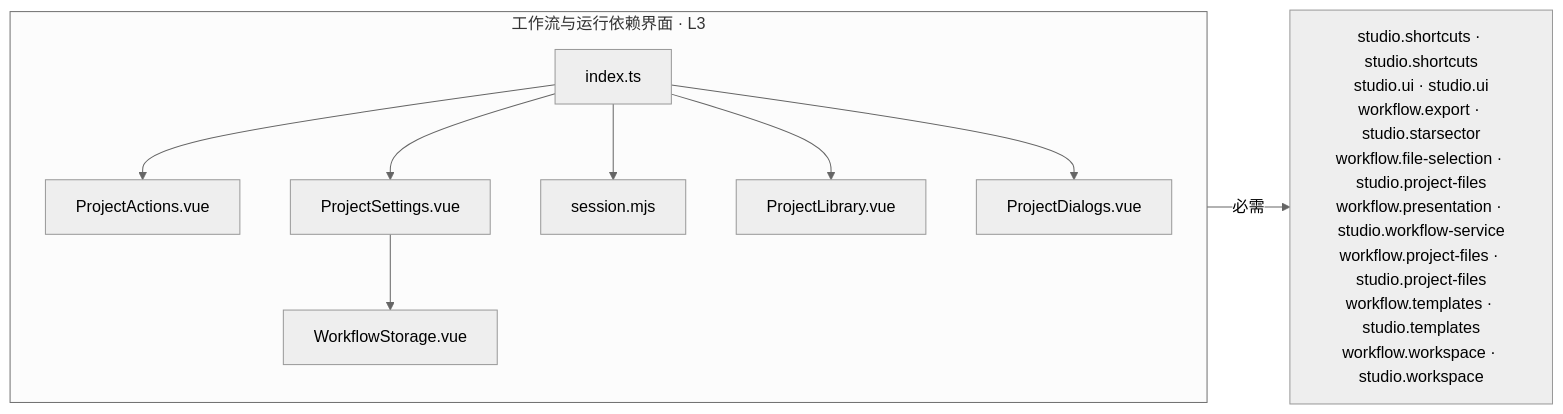
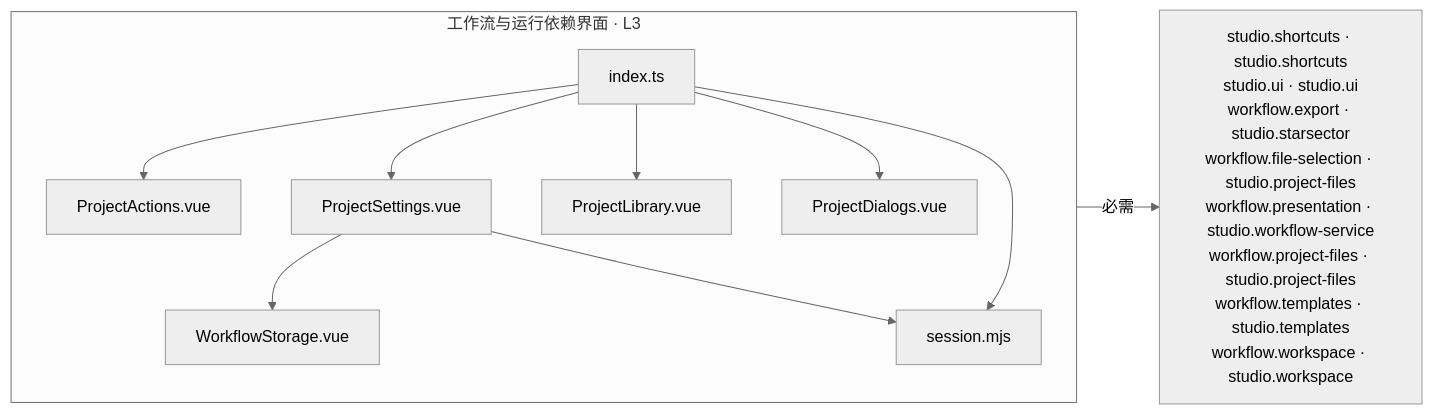
Before and after one commit to Eb-Ling/MengGodWorkflowStudio: diagram 23 of 31 in docs/ARCHITECTURE_V1.md, drawn with Mermaid (neutral theme). The commit also changed other lines of this file and 114 other files, not shown here.

````diff
--- a/docs/ARCHITECTURE_V1.md
+++ b/docs/ARCHITECTURE_V1.md
@@ -475,20 +498,21 @@
 ```mermaid
 flowchart LR
   subgraph P["工作流与运行依赖界面 · L3"]
     F0["ProjectActions.vue"]
     F1["ProjectDialogs.vue"]
     F2["ProjectLibrary.vue"]
     F3["ProjectSettings.vue"]
     F4["WorkflowStorage.vue"]
     F5["index.ts"]
     F6["session.mjs"]
     F3 --> F4
+    F3 --> F6
     F5 --> F6
     F5 --> F3
     F5 --> F2
     F5 --> F0
     F5 --> F1
   end
   R["studio.shortcuts · studio.shortcuts<br/>studio.ui · studio.ui<br/>workflow.export · studio.starsector<br/>workflow.file-selection · studio.project-files<br/>workflow.presentation · studio.workflow-service<br/>workflow.project-files · studio.project-files<br/>workflow.templates · studio.templates<br/>workflow.workspace · studio.workspace"]
   P -->|必需| R
 ```
````
